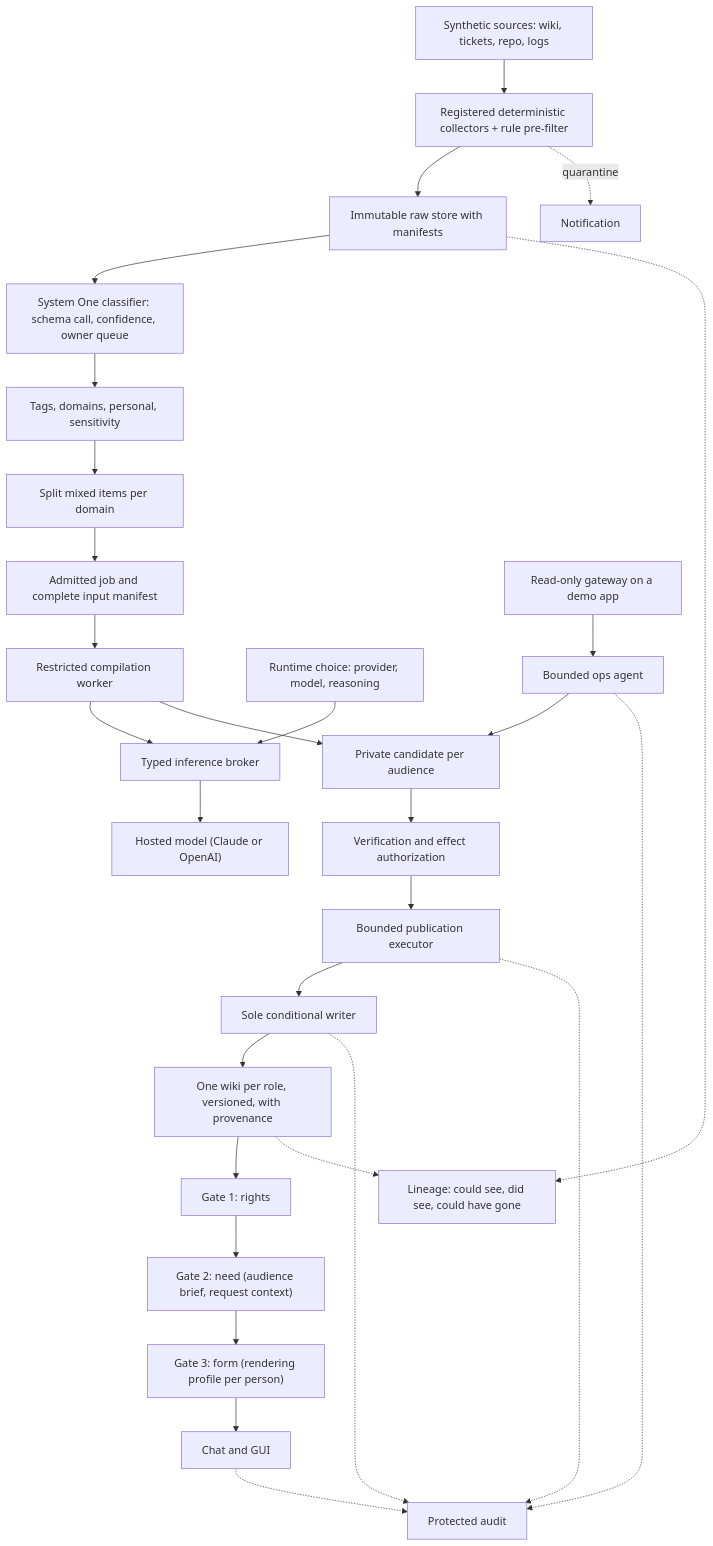
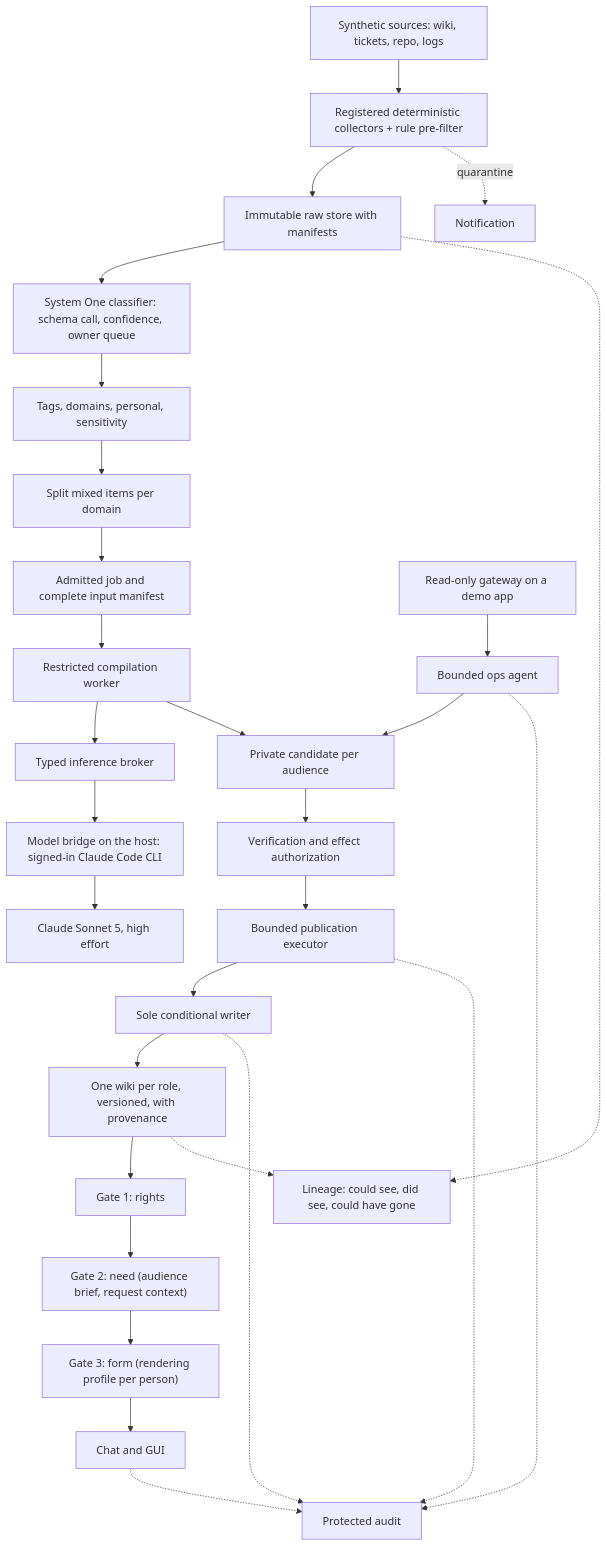
One commit to bitrockteam/kops changed the first of 2 diagrams in README.md. Above: the diagram before and after it, drawn with Mermaid. The commit also changed other lines of this file and 7 other files, not shown here.

First line of the commit message:
Use the account's Claude through a host bridge, Sonnet 5 at high effort, with nothing to choose

````diff
--- a/README.md
+++ b/README.md
@@ -61,31 +62,31 @@
 ```mermaid
 flowchart TB
     SRC["Synthetic sources: wiki, tickets, repo, logs"] --> COLL["Registered deterministic collectors + rule pre-filter"]
     COLL --> RAW["Immutable raw store with manifests"]
     COLL -.->|quarantine| NTFY["Notification"]
     RAW --> S1["System One classifier: schema call, confidence, owner queue"]
     S1 --> LABELS["Tags, domains, personal, sensitivity"]
     LABELS --> SPLIT["Split mixed items per domain"]
     SPLIT --> JOB["Admitted job and complete input manifest"]
     JOB --> WORKER["Restricted compilation worker"]
     WORKER --> BROKER["Typed inference broker"]
-    CONFIG["Runtime choice: provider, model, reasoning"] --> BROKER
-    BROKER --> MODEL["Hosted model (Claude or OpenAI)"]
+    BROKER --> BRIDGE["Model bridge on the host: signed-in Claude Code CLI"]
+    BRIDGE --> MODEL["Claude Sonnet 5, high effort"]
     WORKER --> DRAFT["Private candidate per audience"]
     DRAFT --> REVIEW["Verification and effect authorization"]
     REVIEW --> EXEC["Bounded publication executor"]
     EXEC --> WRITE["Sole conditional writer"]
     WRITE --> WIKIS["One wiki per role, versioned, with provenance"]
     WIKIS --> RIGHTS["Gate 1: rights"]
     RIGHTS --> NEED["Gate 2: need (audience brief, request context)"]
     NEED --> FORM["Gate 3: form (rendering profile per person)"]
     FORM --> CHAT["Chat and GUI"]
     GW["Read-only gateway on a demo app"] --> OPS["Bounded ops agent"]
     OPS --> DRAFT
     RAW -.-> LINEAGE["Lineage: could see, did see, could have gone"]
     WIKIS -.-> LINEAGE
     CHAT -.-> AUDIT["Protected audit"]
     EXEC -.-> AUDIT
     WRITE -.-> AUDIT
     OPS -.-> AUDIT
 ```
````
